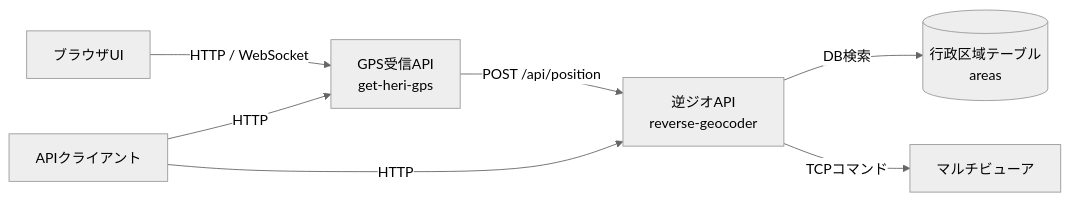
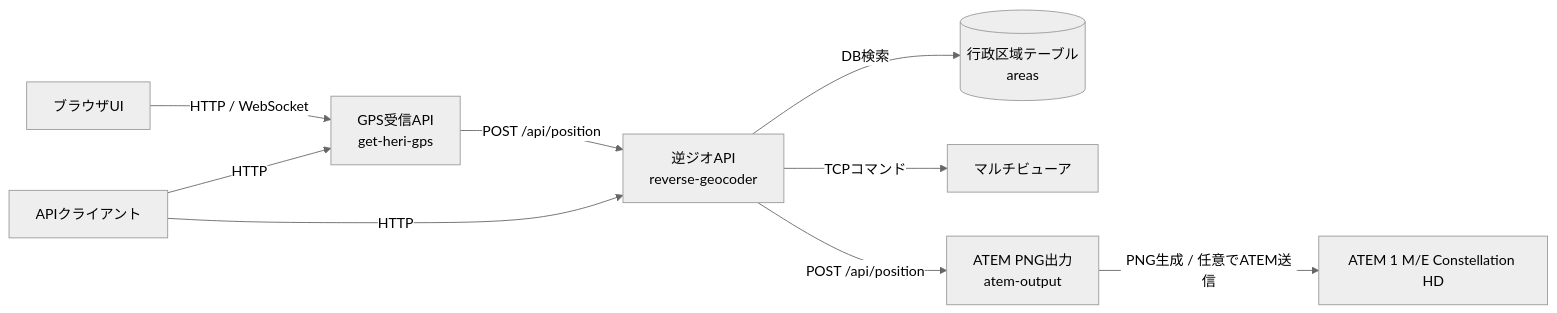
One commit to mmmaxF/get_heri_gps changed the first of 2 diagrams in docs/api.md. Above: the diagram before and after it, drawn with Mermaid (neutral theme). The commit also changed other lines of this file and 21 other files, not shown here.

````diff
--- a/docs/api.md
+++ b/docs/api.md
@@ -12,9 +13,11 @@
 ```mermaid
 flowchart LR
     Browser[ブラウザUI] -->|HTTP / WebSocket| GPS[GPS受信API<br/>get-heri-gps]
     Client[APIクライアント] -->|HTTP| GPS
     GPS -->|POST /api/position| GEO[逆ジオAPI<br/>reverse-geocoder]
     Client -->|HTTP| GEO
     GEO -->|DB検索| DB[(行政区域テーブル<br/>areas)]
     GEO -->|TCPコマンド| MV[マルチビューア]
+    GEO -->|POST /api/position| ATEMOUT[ATEM PNG出力<br/>atem-output]
+    ATEMOUT -->|PNG生成 / 任意でATEM送信| ATEM[ATEM 1 M/E Constellation HD]
 ```
````
